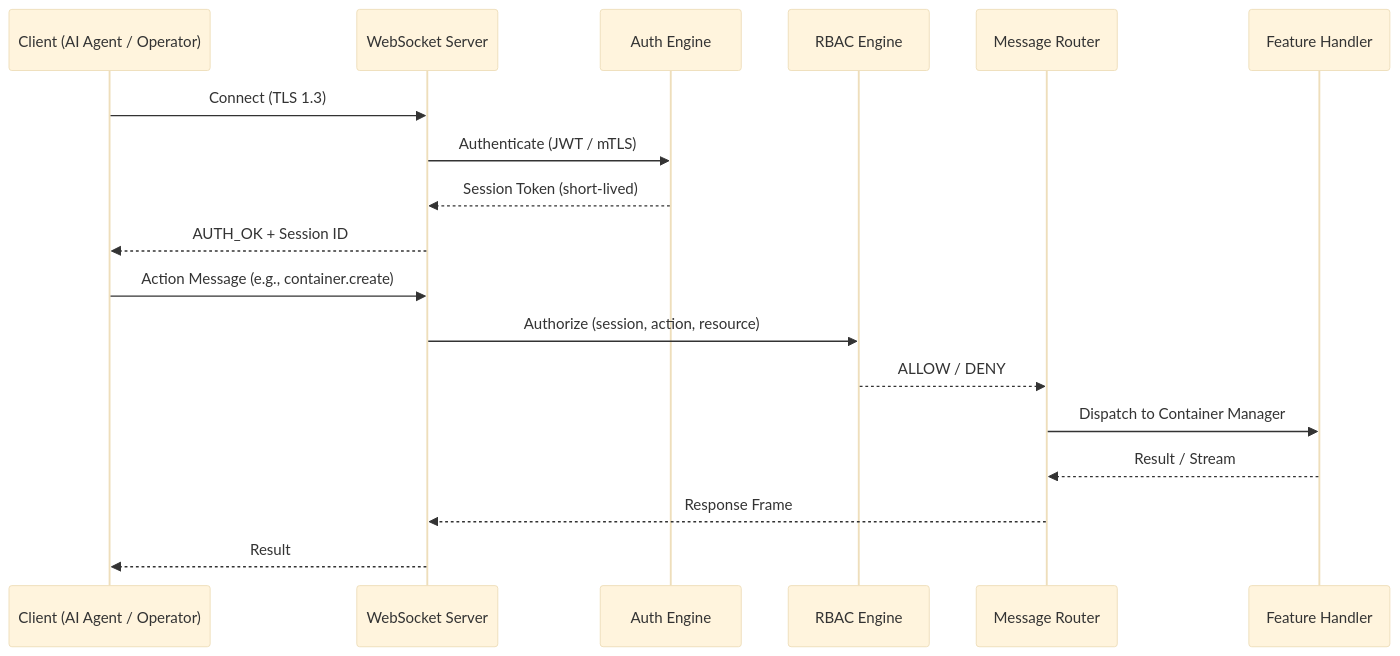
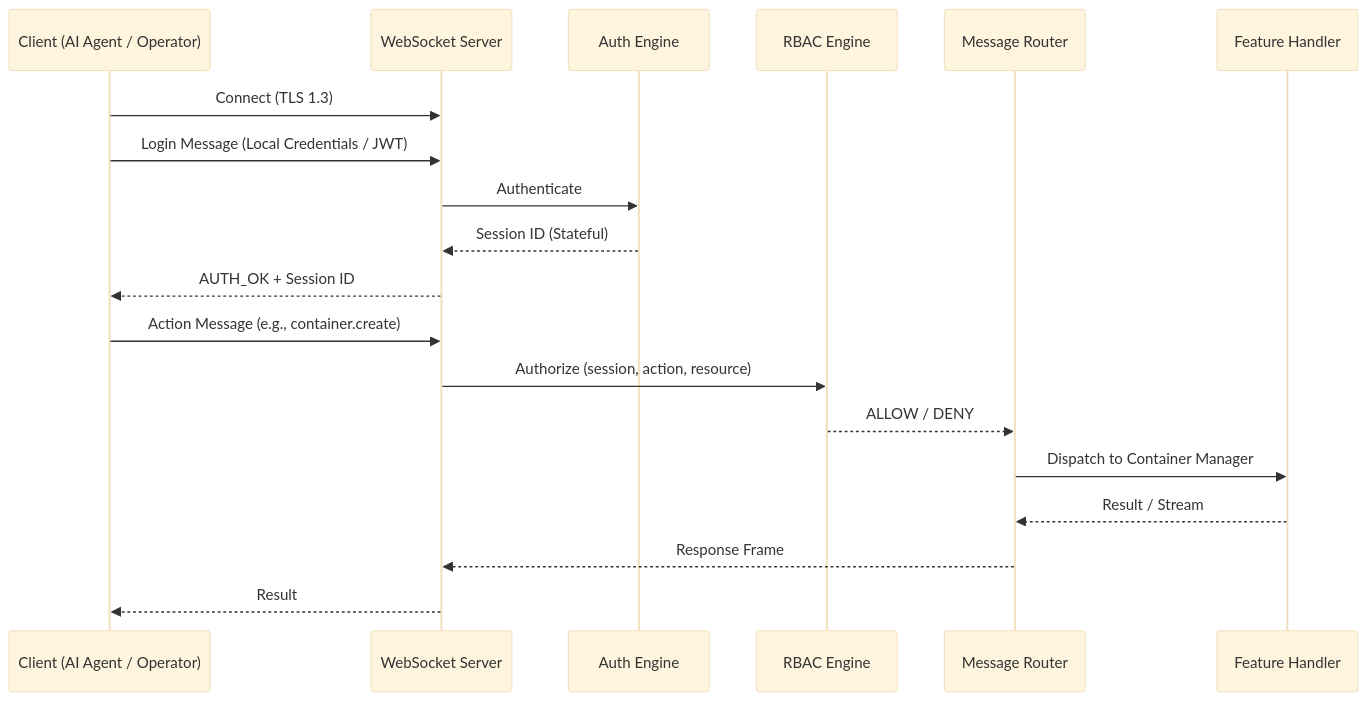
The second of 3 diagrams in docs/architecture/architecture_overview.md (Psyborgs-git/vloop.app), drawn with Mermaid (base theme) before and after one commit. The commit also changed other lines of this file and 121 other files, not shown here.

````diff
--- a/docs/architecture/architecture_overview.md
+++ b/docs/architecture/architecture_overview.md
@@ -99,22 +99,23 @@
 ```mermaid
 sequenceDiagram
     participant C as Client (AI Agent / Operator)
     participant WS as WebSocket Server
     participant AUTH as Auth Engine
     participant RBAC as RBAC Engine
     participant ROUTER as Message Router
     participant FEATURE as Feature Handler
 
     C->>WS: Connect (TLS 1.3)
-    WS->>AUTH: Authenticate (JWT / mTLS)
-    AUTH-->>WS: Session Token (short-lived)
+    C->>WS: Login Message (Local Credentials / JWT)
+    WS->>AUTH: Authenticate
+    AUTH-->>WS: Session ID (Stateful)
     WS-->>C: AUTH_OK + Session ID
 
     C->>WS: Action Message (e.g., container.create)
     WS->>RBAC: Authorize (session, action, resource)
     RBAC-->>ROUTER: ALLOW / DENY
     ROUTER->>FEATURE: Dispatch to Container Manager
     FEATURE-->>ROUTER: Result / Stream
     ROUTER-->>WS: Response Frame
     WS-->>C: Result
 ```
````
